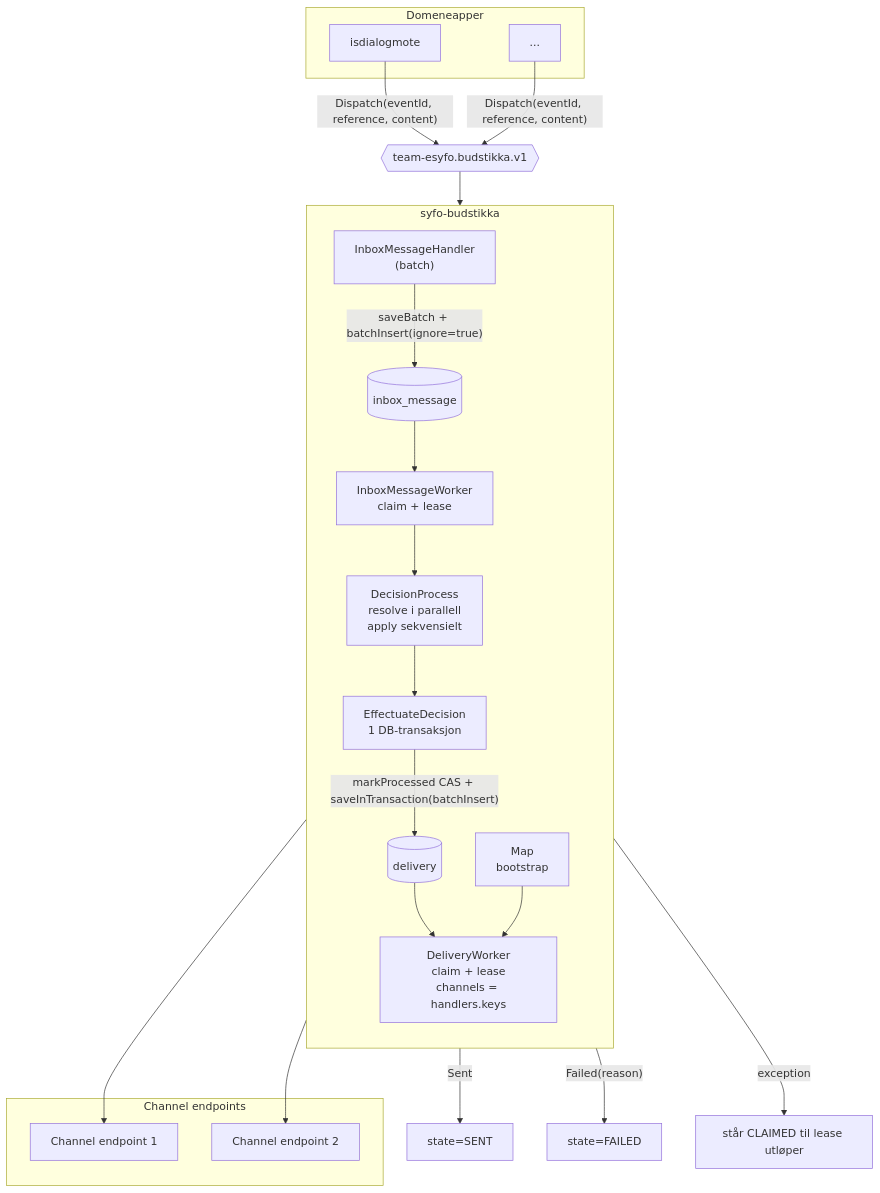
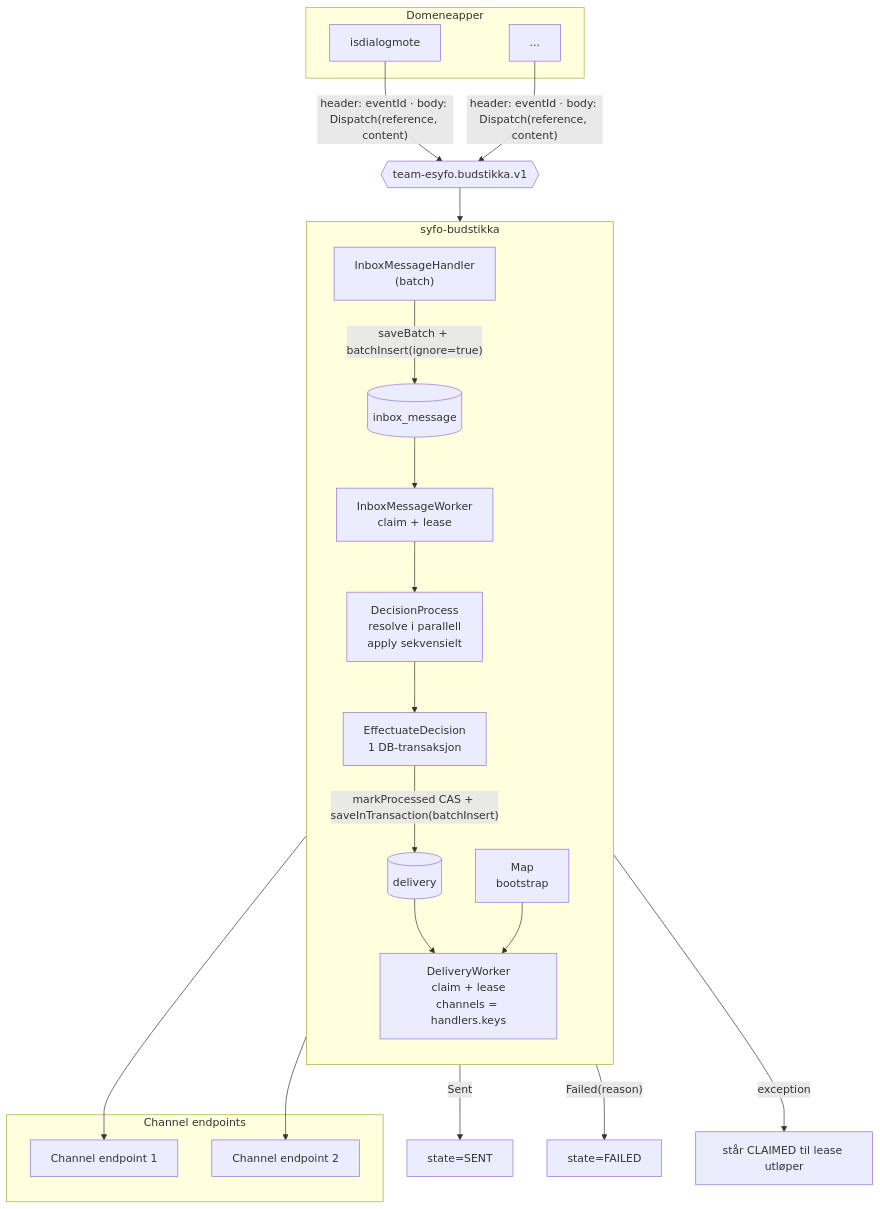
The diagram in docs/flyt.md (navikt/syfo-budstikka), drawn with Mermaid before and after one commit. The commit also changed other lines of this file and 6 other files, not shown here.

````diff
--- a/docs/flyt.md
+++ b/docs/flyt.md
@@ -6,40 +6,40 @@
 ```mermaid
 flowchart TB
     subgraph Producers["Domeneapper"]
         P1["isdialogmote"]
         P2["..."]
     end
 
-    P1 & P2 -->|"Dispatch(eventId, reference, content)"| TOPIC{{"team-esyfo.budstikka.v1"}}
+    P1 & P2 -->|"header: eventId · body: Dispatch(reference, content)"| TOPIC{{"team-esyfo.budstikka.v1"}}
 
     subgraph Budstikka["syfo-budstikka"]
         direction TB
         CONS["InboxMessageHandler<br/>(batch)"]
         INBOX[("inbox_message")]
         IWORK["InboxMessageWorker<br/>claim + lease"]
         DEC["DecisionProcess<br/>resolve i parallell<br/>apply sekvensielt"]
         EFF["EffectuateDecision<br/>1 DB-transaksjon"]
         OUTBOX[("delivery")]
         DWORK["DeliveryWorker<br/>claim + lease<br/>channels = handlers.keys"]
         MAP["Map<Channel, ChannelHandler><br/>bootstrap"]
     end
 
     TOPIC --> CONS
     CONS -->|"saveBatch + batchInsert(ignore=true)"| INBOX
     INBOX --> IWORK
     IWORK --> DEC --> EFF
     EFF -->|"markProcessed CAS + saveInTransaction(batchInsert)"| OUTBOX
     OUTBOX --> DWORK
     MAP --> DWORK
 
     DWORK -->|"Sent"| SENT["state=SENT"]
     DWORK -->|"Failed(reason)"| FAILED["state=FAILED"]
     DWORK -->|"exception"| RECLAIM["står CLAIMED til lease utløper"]
 
     subgraph Outbound["Channel endpoints"]
         CH1["Channel endpoint 1"]
         CH2["Channel endpoint 2"]
     end
     DWORK --> CH1
     DWORK --> CH2
 ```
````
